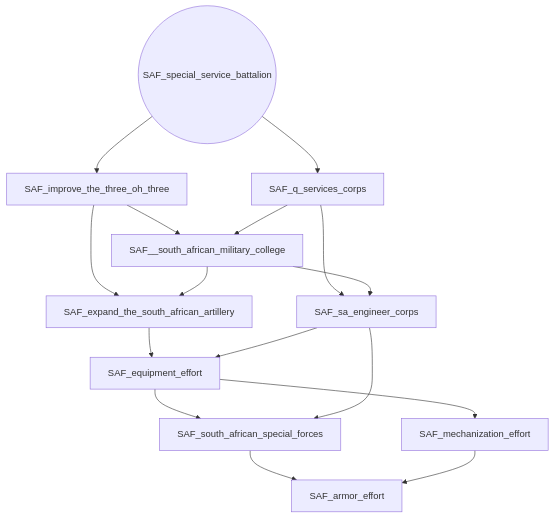
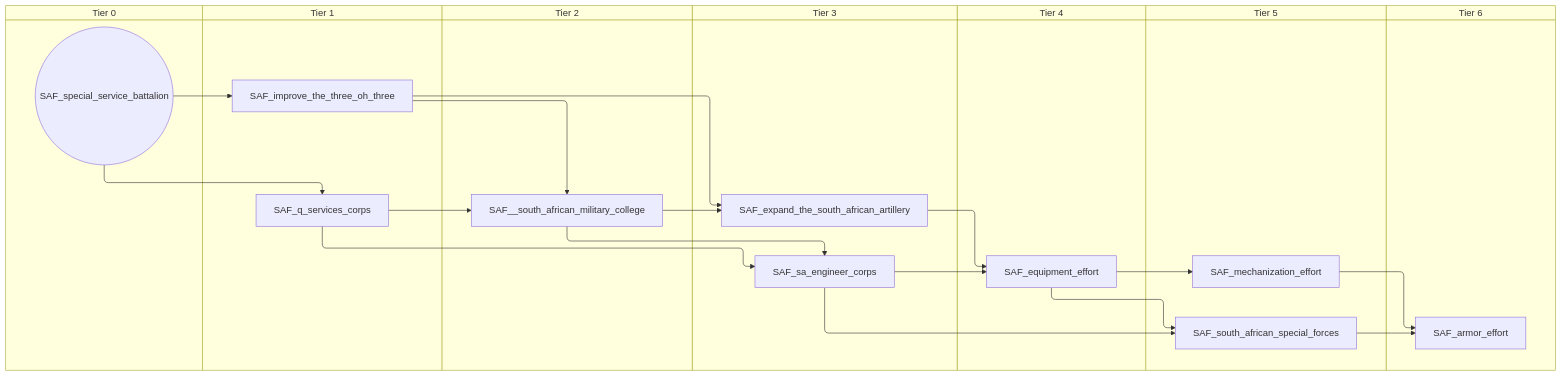
Before and after one commit to evgeny-sobol/hoi4-sandbox-mode: the fifth of 7 diagrams in docs/gdd/National Focuses/south_africa.md, drawn with Mermaid. The commit also changed other lines of this file and 80 other files, not shown here.

First line of the commit message:
Add swimlane mode to focus graph exporter

````diff
--- a/docs/gdd/National Focuses/south_africa.md
+++ b/docs/gdd/National Focuses/south_africa.md
@@ -163,28 +215,42 @@
 ```mermaid
-flowchart TD
-    n62["SAF__south_african_military_college"]
-    n63["SAF_armor_effort"]
-    n64["SAF_equipment_effort"]
-    n65["SAF_expand_the_south_african_artillery"]
-    n66["SAF_improve_the_three_oh_three"]
-    n67["SAF_mechanization_effort"]
-    n68["SAF_q_services_corps"]
-    n69["SAF_sa_engineer_corps"]
-    n70["SAF_south_african_special_forces"]
-    n71(("SAF_special_service_battalion"))
-    n66 --> n62
-    n68 --> n62
-    n70 --> n63
-    n67 --> n63
-    n65 --> n64
-    n69 --> n64
-    n66 --> n65
-    n62 --> n65
-    n71 --> n66
+swimlane-beta TD
+    subgraph tier_0["Tier 0"]
+        n62(("SAF_special_service_battalion"))
+    end
+    subgraph tier_1["Tier 1"]
+        n63["SAF_improve_the_three_oh_three"]
+        n64["SAF_q_services_corps"]
+    end
+    subgraph tier_2["Tier 2"]
+        n65["SAF__south_african_military_college"]
+    end
+    subgraph tier_3["Tier 3"]
+        n66["SAF_expand_the_south_african_artillery"]
+        n67["SAF_sa_engineer_corps"]
+    end
+    subgraph tier_4["Tier 4"]
+        n68["SAF_equipment_effort"]
+    end
+    subgraph tier_5["Tier 5"]
+        n69["SAF_mechanization_effort"]
+        n70["SAF_south_african_special_forces"]
+    end
+    subgraph tier_6["Tier 6"]
+        n71["SAF_armor_effort"]
+    end
+    n63 --> n65
+    n64 --> n65
+    n70 --> n71
+    n69 --> n71
+    n66 --> n68
+    n67 --> n68
+    n63 --> n66
+    n65 --> n66
+    n62 --> n63
+    n68 --> n69
+    n62 --> n64
     n64 --> n67
-    n71 --> n68
-    n68 --> n69
-    n62 --> n69
-    n64 --> n70
-    n69 --> n70
+    n65 --> n67
+    n68 --> n70
+    n67 --> n70
 ```
````
